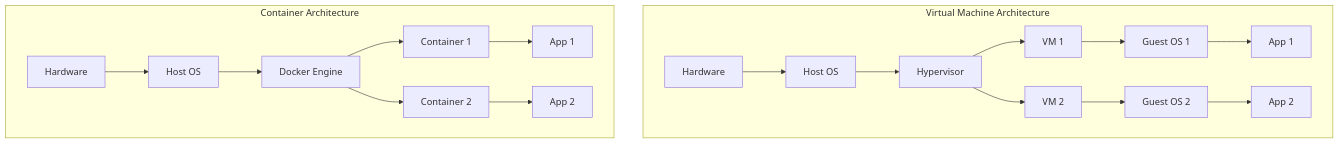
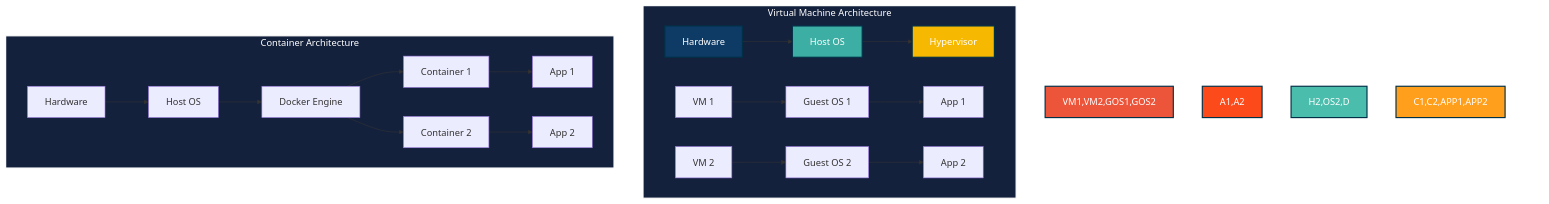
One commit to ashishjangde/Docker changed the first of 4 diagrams in README.md. Above: the diagram before and after it, drawn with Mermaid. The commit also changed other lines of this file and 1 other file, not shown here.

Commit message:
fixed the graphs

````diff
--- a/README.md
+++ b/README.md
@@ -15,38 +15,39 @@
 ```mermaid
 graph TB
-    subgraph "Virtual Machine Architecture"
-        H1[Hardware]
-        OS1[Host OS]
-        H1 --> OS1
-        VMH[Hypervisor]
-        OS1 --> VMH
-        VM1[VM 1]
-        VM2[VM 2]
-        VMH --> VM1
-        VMH --> VM2
-        GOS1[Guest OS 1]
-        GOS2[Guest OS 2]
-        VM1 --> GOS1
-        VM2 --> GOS2
-        A1[App 1]
-        A2[App 2]
-        GOS1 --> A1
-        GOS2 --> A2
-    end
+%% Styling Nodes and Subgraphs
+   style H1 fill:#0D3B66,stroke:#023047,stroke-width:2px,color:white,fontsize:16px
+   style OS1 fill:#3CAEA3,stroke:#023047,stroke-width:2px,color:white,fontsize:16px
+   style VMH fill:#F7B801,stroke:#023047,stroke-width:2px,color:white,fontsize:16px
+   style VM1,VM2,GOS1,GOS2 fill:#ED553B,stroke:#023047,stroke-width:2px,color:white,fontsize:16px
+   style A1,A2 fill:#FC4A1A,stroke:#023047,stroke-width:2px,color:white,fontsize:16px
+   style H2,OS2,D fill:#4ABDAC,stroke:#023047,stroke-width:2px,color:white,fontsize:16px
+   style C1,C2,APP1,APP2 fill:#FF9F1C,stroke:#023047,stroke-width:2px,color:white,fontsize:16px
+   style Virtual_Machine_Architecture fill:#14213D,stroke:#FFFFFF,stroke-width:2px,color:white,fontsize:18px
+   style Container_Architecture fill:#14213D,stroke:#FFFFFF,stroke-width:2px,color:white,fontsize:18px
 
-    subgraph "Container Architecture"
-        H2[Hardware]
-        OS2[Host OS]
-        H2 --> OS2
-        D[Docker Engine]
-        OS2 --> D
-        C1[Container 1]
-        C2[Container 2]
-        D --> C1
-        D --> C2
-        APP1[App 1]
-        APP2[App 2]
-        C1 --> APP1
-        C2 --> APP2
-    end
+%% Virtual Machine Architecture
+   subgraph Virtual_Machine_Architecture["Virtual Machine Architecture"]
+      H1[Hardware]
+      OS1[Host OS]
+      H1 --> OS1
+      VMH[Hypervisor]
+      OS1 --> VMH
+      VM1[VM 1] --> GOS1[Guest OS 1] --> A1[App 1]
+      VM2[VM 2] --> GOS2[Guest OS 2] --> A2[App 2]
+   end
+
+%% Spacer Node to Separate Architectures
+   style Spacer fill:none,stroke:none
+   Spacer(( ))
+
+%% Container Architecture
+subgraph Container_Architecture["Container Architecture"]
+H2[Hardware]
+OS2[Host OS]
+H2 --> OS2
+D[Docker Engine]
+OS2 --> D
+D --> C1[Container 1] --> APP1[App 1]
+D --> C2[Container 2] --> APP2[App 2]
+end
 ```
````
